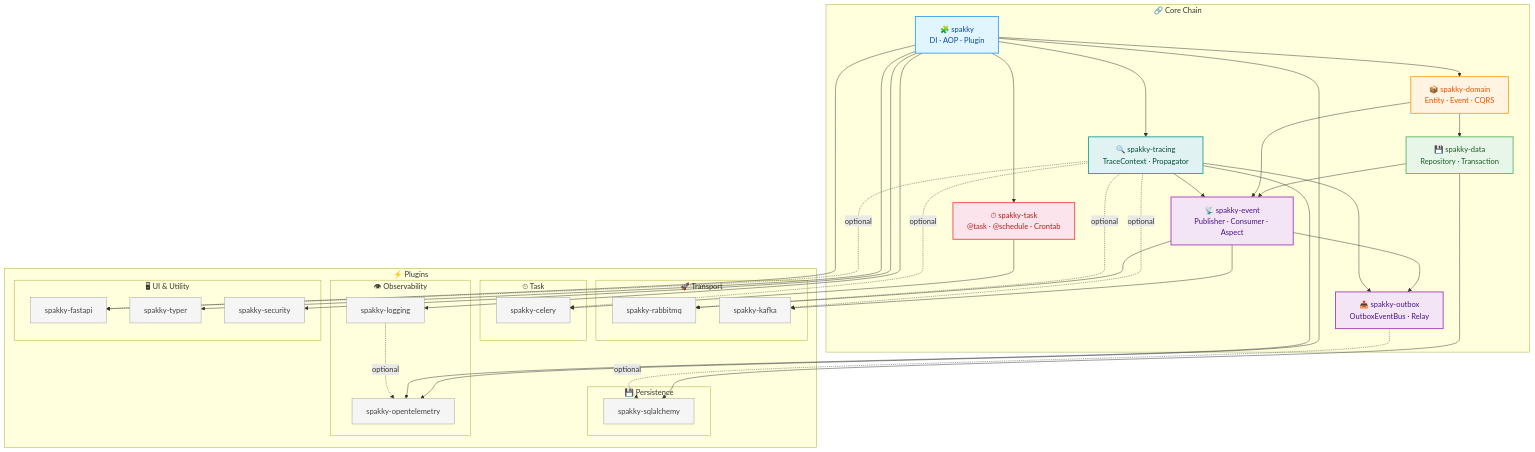
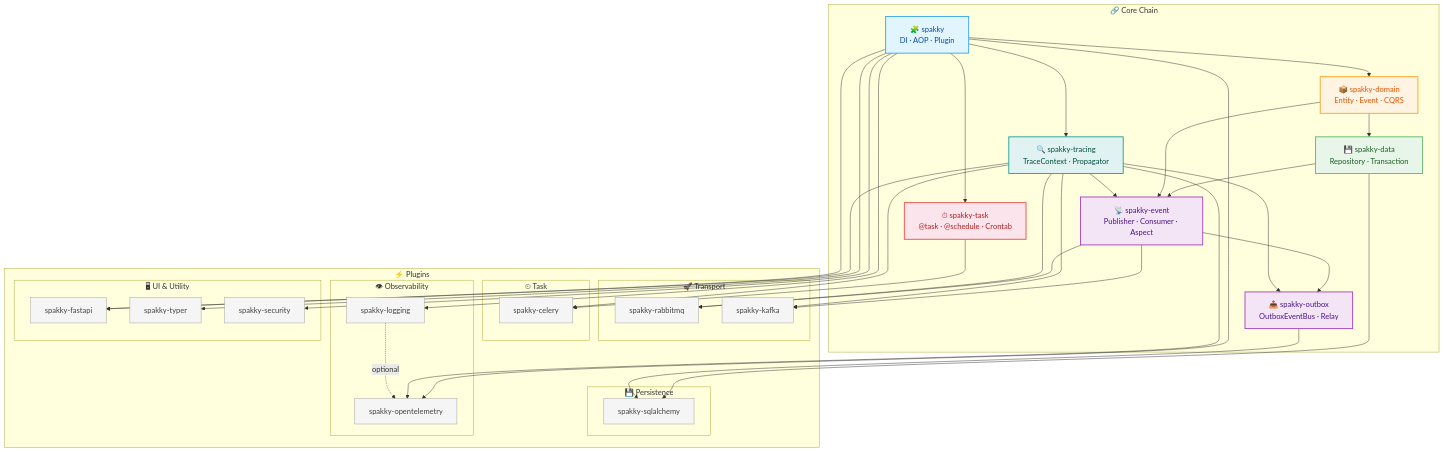
Before and after one commit to E5presso/spakky-framework: the first of 2 diagrams in ARCHITECTURE.md, drawn with Mermaid. The commit also changed other lines of this file and 13 other files, not shown here.

````diff
--- a/ARCHITECTURE.md
+++ b/ARCHITECTURE.md
@@ -55,80 +55,80 @@
 ```mermaid
 graph TD
     subgraph core_chain ["🔗 Core Chain"]
         core[🧩 spakky<br/>DI · AOP · Plugin]
 
         core --> domain[📦 spakky-domain<br/>Entity · Event · CQRS]
         core --> task_pkg["⏱ spakky-task<br/>@task · @schedule · Crontab"]
         core --> tracing["🔍 spakky-tracing<br/>TraceContext · Propagator"]
 
         domain --> data[💾 spakky-data<br/>Repository · Transaction]
         data --> event[📡 spakky-event<br/>Publisher · Consumer · Aspect]
         domain --> event
         tracing --> event
         event --> outbox[📤 spakky-outbox<br/>OutboxEventBus · Relay]
         tracing --> outbox
     end
 
     subgraph plugins ["⚡ Plugins"]
         subgraph persistence ["💾 Persistence"]
             sqlalchemy[spakky-sqlalchemy]
         end
 
         subgraph transport ["🚀 Transport"]
             rabbitmq[spakky-rabbitmq]
             kafka[spakky-kafka]
         end
 
         subgraph task_plugins ["⏲ Task"]
             celery_plugin[spakky-celery]
         end
 
         subgraph observability ["👁 Observability"]
             logging_pkg[spakky-logging]
             otel[spakky-opentelemetry]
         end
 
         subgraph ui ["🖥 UI & Utility"]
             fastapi[spakky-fastapi]
             typer[spakky-typer]
             security[spakky-security]
         end
     end
 
     data --> sqlalchemy
-    outbox -.->|optional| sqlalchemy
+    outbox --> sqlalchemy
     event --> rabbitmq
     event --> kafka
     task_pkg --> celery_plugin
     core --> logging_pkg
     core --> otel
     tracing --> otel
-    tracing -.->|optional| fastapi
-    tracing -.->|optional| rabbitmq
-    tracing -.->|optional| kafka
-    tracing -.->|optional| celery_plugin
+    tracing --> fastapi
+    tracing --> rabbitmq
+    tracing --> kafka
+    tracing --> celery_plugin
     logging_pkg -.->|optional| otel
     core --> fastapi
     core --> typer
     core --> security
 
     %% Styling — Core
     style core fill:#e1f5ff,stroke:#42a5f5,stroke-width:2px,color:#0d47a1
     style domain fill:#fff4e1,stroke:#ffa726,stroke-width:2px,color:#e65100
     style data fill:#e8f5e9,stroke:#66bb6a,stroke-width:2px,color:#1b5e20
     style event fill:#f3e5f5,stroke:#ab47bc,stroke-width:2px,color:#4a148c
     style outbox fill:#f3e5f5,stroke:#ab47bc,stroke-width:2px,color:#4a148c
     style task_pkg fill:#fce4ec,stroke:#ef5350,stroke-width:2px,color:#b71c1c
     style tracing fill:#e0f2f1,stroke:#26a69a,stroke-width:2px,color:#004d40
 
     %% Styling — Plugins
     style sqlalchemy fill:#f5f5f5,stroke:#9e9e9e,color:#424242
     style rabbitmq fill:#f5f5f5,stroke:#9e9e9e,color:#424242
     style kafka fill:#f5f5f5,stroke:#9e9e9e,color:#424242
     style celery_plugin fill:#f5f5f5,stroke:#9e9e9e,color:#424242
     style logging_pkg fill:#f5f5f5,stroke:#9e9e9e,color:#424242
     style otel fill:#f5f5f5,stroke:#9e9e9e,color:#424242
     style fastapi fill:#f5f5f5,stroke:#9e9e9e,color:#424242
     style typer fill:#f5f5f5,stroke:#9e9e9e,color:#424242
     style security fill:#f5f5f5,stroke:#9e9e9e,color:#424242
 ```
````
